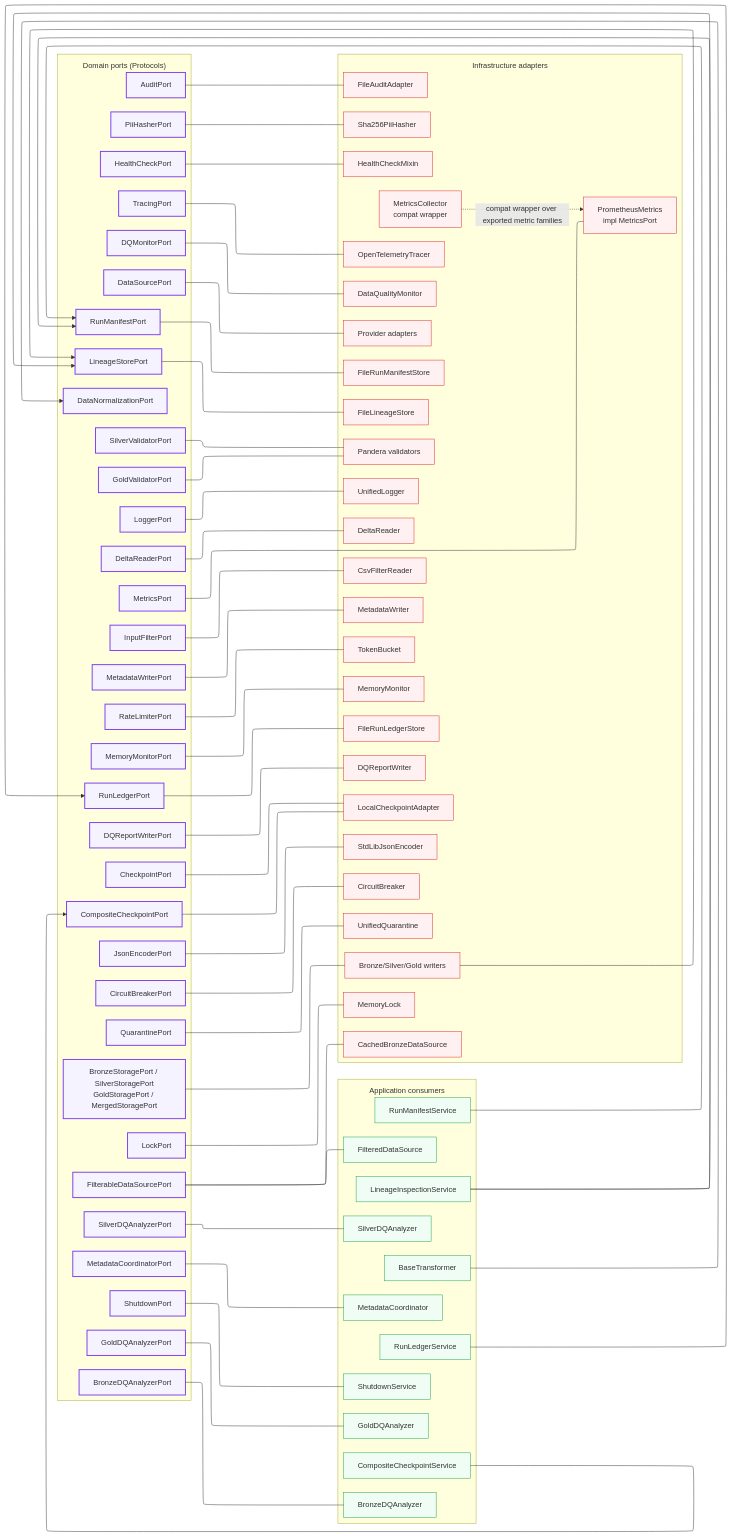
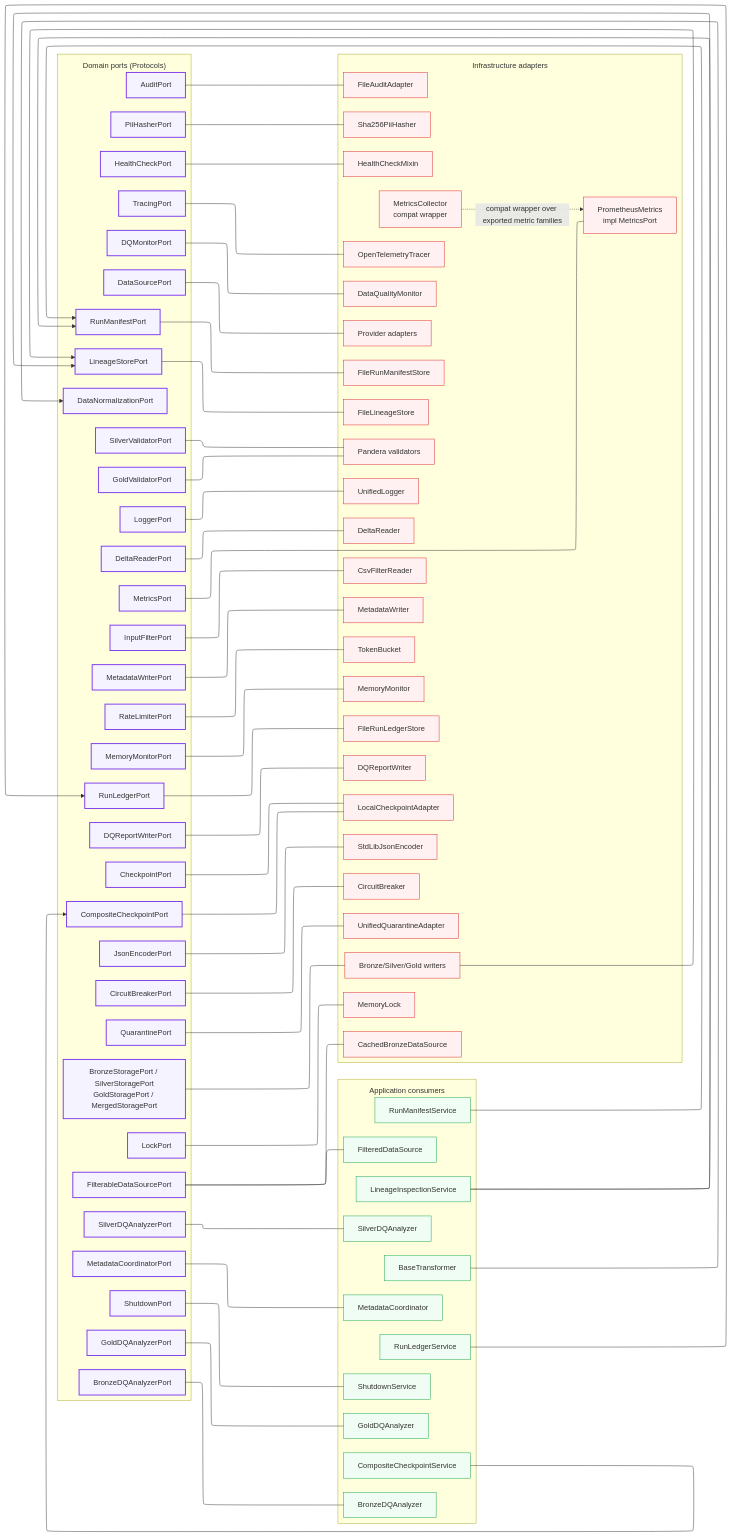
The diagram in docs/02-architecture/diagrams/architecture/13-port-protocol-contracts.mmd (SatoryKono/BioactivityDataAcquisition), drawn with Mermaid before and after one commit. The commit also changed 36 other files, not shown here.

```diff
--- a/docs/02-architecture/diagrams/architecture/13-port-protocol-contracts.mmd
+++ b/docs/02-architecture/diagrams/architecture/13-port-protocol-contracts.mmd
@@ -1,155 +1,155 @@
 %% BioETL — Port/Protocol Contracts (Full Map)
 %% Domain ports mapped to their current application consumers and infrastructure adapters.
 %% All declared domain ports are bound to their consumers/implementations
 %% (adapter names follow views/30-port-adapter-mapping-full.mermaid).
 
 %% @version 1.1.0
 %% @date    2026-09-03
 %% @type    flowchart
 %% @level   System / Component
 %% @nodes   70
-%% @reference  Decomposed into 13a, 13b, 13c, 13d, 13e, 13f sub-diagrams
+%% @reference  Decomposed into 13a, 13b, 13c, 13d, 13e, 13f, 13g, 13h, 13i sub-diagrams
 %% Legend: docs/02-architecture/diagrams/views/00-legend.mermaid
 
 %%{init: {
   'flowchart': {
     'subGraphTitleMargin': { 'top': 12, 'bottom': 12 }
   },
   'layout': 'elk',
   'elk': {
     'mergeEdges': true,
     'nodePlacementStrategy': 'BRANDES_KOEPF',
     'edgeRouting': 'ORTHOGONAL'
   }
 }}%%
 %% @uniform width=232 height=56 max_title_len=24 max_desc_lines=0
 graph LR
     subgraph Domain["Domain ports (Protocols)"]
         DSP["DataSourcePort"]:::size-sm
         FDSP["FilterableDataSourcePort"]:::size-sm
         STP["BronzeStoragePort / SilverStoragePort<br/>GoldStoragePort / MergedStoragePort"]:::size-sm
         LKP["LockPort"]:::size-sm
         CKP["CheckpointPort"]:::size-sm
         CCP["CompositeCheckpointPort"]:::size-sm
         QRP["QuarantinePort"]:::size-sm
         ADP["AuditPort"]:::size-sm
         LGP["LoggerPort"]:::size-sm
         MTP["MetricsPort"]:::size-sm
         TRP["TracingPort"]:::size-sm
         CBP["CircuitBreakerPort"]:::size-sm
         RLP["RateLimiterPort"]:::size-sm
         SVP["SilverValidatorPort"]:::size-sm
         GVP["GoldValidatorPort"]:::size-sm
         HCP["HealthCheckPort"]:::size-sm
         PIIP["PiiHasherPort"]:::size-sm
         MWP["MetadataWriterPort"]:::size-sm
         MCP["MetadataCoordinatorPort"]:::size-sm
         DNP["DataNormalizationPort"]:::size-sm
         DRP["DeltaReaderPort"]:::size-sm
         IFP["InputFilterPort"]:::size-sm
         DQMP["DQMonitorPort"]:::size-sm
         BDQP["BronzeDQAnalyzerPort"]:::size-sm
         SDQP["SilverDQAnalyzerPort"]:::size-sm
         GDQP["GoldDQAnalyzerPort"]:::size-sm
         DQRWP["DQReportWriterPort"]:::size-sm
         JEP["JsonEncoderPort"]:::size-sm
         MMP["MemoryMonitorPort"]:::size-sm
         SHP["ShutdownPort"]:::size-sm
         RMP["RunManifestPort"]:::size-sm
         RLP2["RunLedgerPort"]:::size-sm
         LSP["LineageStorePort"]:::size-sm
     end
 
     subgraph Application["Application consumers"]
         BDA["BronzeDQAnalyzer"]:::size-sm
         SDA["SilverDQAnalyzer"]:::size-sm
         GDA["GoldDQAnalyzer"]:::size-sm
         RMS["RunManifestService"]:::size-sm
         RLS["RunLedgerService"]:::size-sm
         LIS["LineageInspectionService"]:::size-sm
         CCS["CompositeCheckpointService"]:::size-sm
         FDS["FilteredDataSource"]:::size-sm
         MCOR["MetadataCoordinator"]:::size-sm
         SHS["ShutdownService"]:::size-sm
         TRF["BaseTransformer"]:::size-sm
     end
 
     subgraph Infrastructure["Infrastructure adapters"]
         CA["Provider adapters"]:::size-sm
         BW["Bronze/Silver/Gold writers"]:::size-sm
         ML["MemoryLock"]:::size-sm
         LC["LocalCheckpointAdapter"]:::size-sm
-        UQ["UnifiedQuarantine"]:::size-sm
+        UQ["UnifiedQuarantineAdapter"]:::size-sm
         FA["FileAuditAdapter"]:::size-sm
         UL["UnifiedLogger"]:::size-sm
         MCO["MetricsCollector<br/>compat wrapper"]:::size-sm
         PME["PrometheusMetrics<br/>impl MetricsPort"]:::size-sm
         OTT["OpenTelemetryTracer"]:::size-sm
         CB["CircuitBreaker"]:::size-sm
         TB_I["TokenBucket"]:::size-sm
         PSV["Pandera validators"]:::size-sm
         SPH["Sha256PiiHasher"]:::size-sm
         MW_I["MetadataWriter"]:::size-sm
         DR_I["DeltaReader"]:::size-sm
         CSVR["CsvFilterReader"]:::size-sm
         DQRW_I["DQReportWriter"]:::size-sm
         SJE["StdLibJsonEncoder"]:::size-sm
         MMGR["MemoryMonitor"]:::size-sm
         FRM["FileRunManifestStore"]:::size-sm
         FRL["FileRunLedgerStore"]:::size-sm
         FLS["FileLineageStore"]:::size-sm
         CBDS["CachedBronzeDataSource"]:::size-sm
         HCM["HealthCheckMixin"]:::size-sm
         DQM["DataQualityMonitor"]:::size-sm
     end
 
     DSP --- CA
     STP --- BW
     LKP --- ML
     CKP --- LC
     CCP --- LC
     QRP --- UQ
     ADP --- FA
     LGP --- UL
     MTP --- PME
     MCO -.compat wrapper over exported metric families.-> PME
     TRP --- OTT
     CBP --- CB
     RLP --- TB_I
     SVP --- PSV
     GVP --- PSV
     PIIP --- SPH
     MWP --- MW_I
     DRP --- DR_I
     IFP --- CSVR
     DQRWP --- DQRW_I
     JEP --- SJE
     MMP --- MMGR
     RMP --- FRM
     RLP2 --- FRL
     LSP --- FLS
     FDSP --- FDS
     FDSP --- CBDS
     HCP --- HCM
     MCP --- MCOR
     DQMP --- DQM
     SHP --- SHS
 
     BDQP --- BDA
     SDQP --- SDA
     GDQP --- GDA
     RMS --> RMP
     RLS --> RLP2
     LIS --> LSP
     LIS --> RMP
     CCS --> CCP
     TRF --> DNP
     BW --> LSP
 
     classDef port fill:#f5f3ff,stroke:#7c3aed,stroke-width:2px
     classDef infra fill:#fff1f2,stroke:#dc2626
     classDef app fill:#f0fdf4,stroke:#16a34a
 
     class DSP,FDSP,STP,LKP,CKP,CCP,QRP,ADP,LGP,MTP,TRP,CBP,RLP,SVP,GVP,HCP,PIIP,MWP,MCP,DNP,DRP,IFP,DQMP,BDQP,SDQP,GDQP,DQRWP,JEP,MMP,SHP,RMP,RLP2,LSP port
     class CA,BW,ML,LC,UQ,FA,UL,MCO,PME,OTT,CB,TB_I,PSV,SPH,MW_I,DR_I,CSVR,DQRW_I,SJE,MMGR,FRM,FRL,FLS,CBDS,HCM,DQM infra
     class BDA,SDA,GDA,RMS,RLS,LIS,CCS,FDS,MCOR,SHS,TRF app
```
